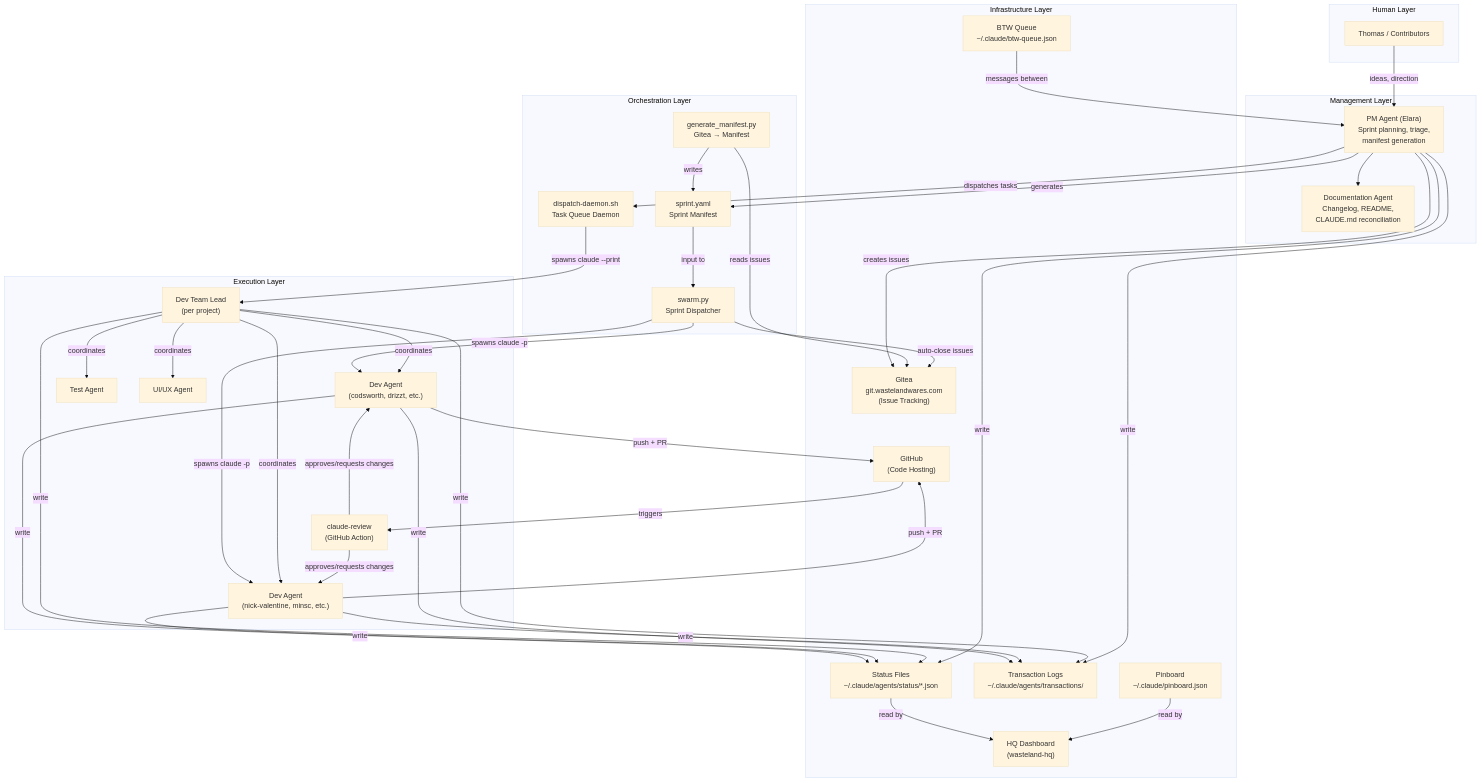
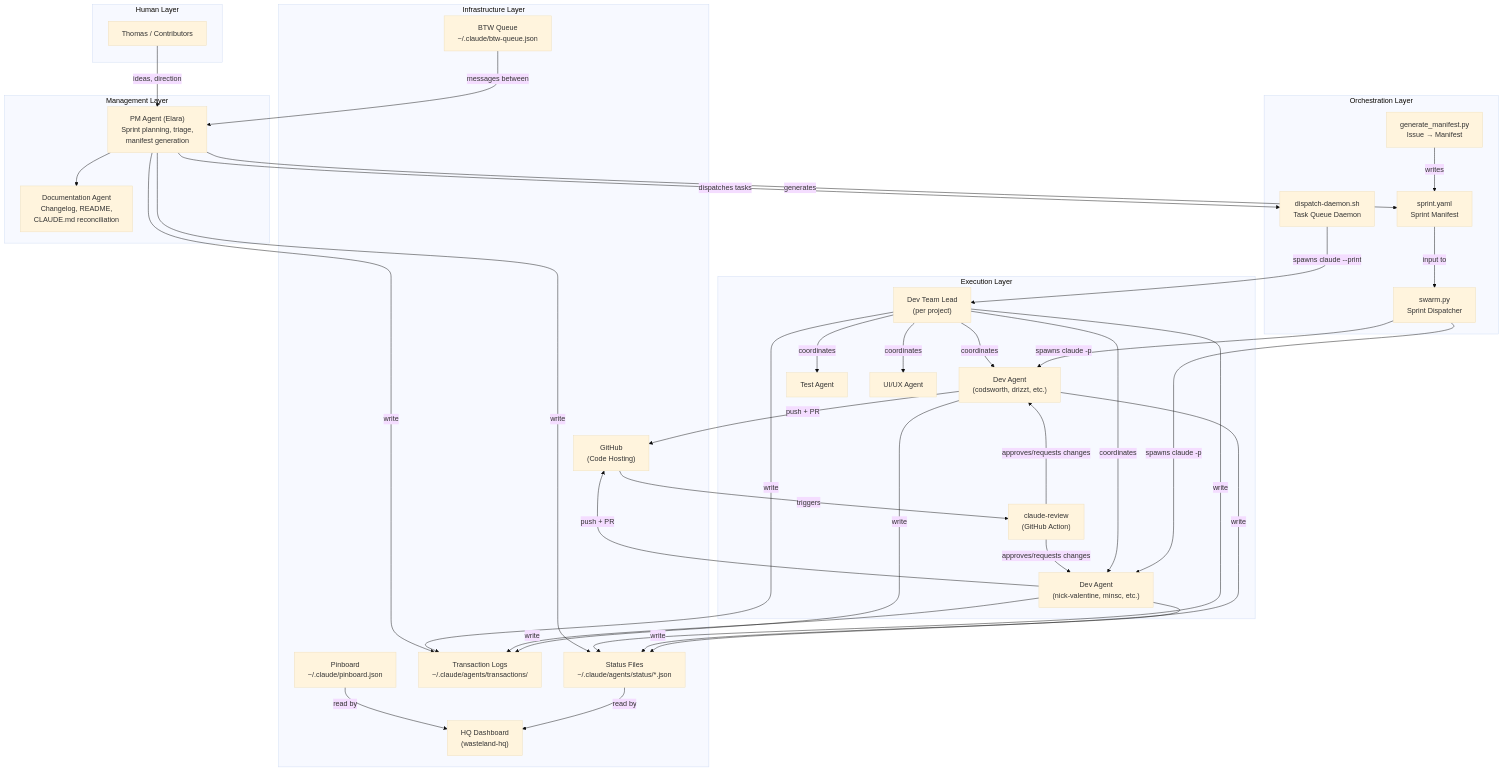
One commit to WastelandWares/wasteland-orchestrator changed the first of 7 diagrams in README.md. Above: the diagram before and after it, drawn with Mermaid (base theme). The commit also changed other lines of this file and 14 other files, not shown here.

````diff
--- a/README.md
+++ b/README.md
@@ -21,58 +20,54 @@
 ```mermaid
 graph TB
     subgraph "Human Layer"
         T["Thomas / Contributors"]
     end
 
     subgraph "Management Layer"
         PM["PM Agent (Elara)<br/>Sprint planning, triage,<br/>manifest generation"]
         DOC["Documentation Agent<br/>Changelog, README,<br/>CLAUDE.md reconciliation"]
     end
 
     subgraph "Orchestration Layer"
         SWARM["swarm.py<br/>Sprint Dispatcher"]
         DAEMON["dispatch-daemon.sh<br/>Task Queue Daemon"]
         MANIFEST["sprint.yaml<br/>Sprint Manifest"]
-        GENMAN["generate_manifest.py<br/>Gitea → Manifest"]
+        GENMAN["generate_manifest.py<br/>Issue → Manifest"]
     end
 
     subgraph "Execution Layer"
         DTL["Dev Team Lead<br/>(per project)"]
         DEV1["Dev Agent<br/>(codsworth, drizzt, etc.)"]
         DEV2["Dev Agent<br/>(nick-valentine, minsc, etc.)"]
         TEST["Test Agent"]
         UIUX["UI/UX Agent"]
         REVIEW["claude-review<br/>(GitHub Action)"]
     end
 
     subgraph "Infrastructure Layer"
         STATUS["Status Files<br/>~/.claude/agents/status/*.json"]
         TX["Transaction Logs<br/>~/.claude/agents/transactions/"]
-        GITEA["Gitea<br/>git.wastelandwares.com<br/>(Issue Tracking)"]
         GITHUB["GitHub<br/>(Code Hosting)"]
         HQ["HQ Dashboard<br/>(wasteland-hq)"]
         PIN["Pinboard<br/>~/.claude/pinboard.json"]
         BTW["BTW Queue<br/>~/.claude/btw-queue.json"]
     end
 
     T -->|"ideas, direction"| PM
     PM -->|"generates"| MANIFEST
-    PM -->|"creates issues"| GITEA
-    GENMAN -->|"reads issues"| GITEA
     GENMAN -->|"writes"| MANIFEST
     MANIFEST -->|"input to"| SWARM
     PM -->|"dispatches tasks"| DAEMON
     SWARM -->|"spawns claude -p"| DEV1 & DEV2
     DAEMON -->|"spawns claude --print"| DTL
     DTL -->|"coordinates"| DEV1 & DEV2 & TEST & UIUX
     DEV1 & DEV2 -->|"push + PR"| GITHUB
     GITHUB -->|"triggers"| REVIEW
     REVIEW -->|"approves/requests changes"| DEV1 & DEV2
     DEV1 & DEV2 & DTL & PM -->|"write"| STATUS
     DEV1 & DEV2 & DTL & PM -->|"write"| TX
     STATUS -->|"read by"| HQ
     PIN -->|"read by"| HQ
     BTW -->|"messages between"| PM
     PM --> DOC
-    SWARM -->|"auto-close issues"| GITEA
 ```
````
